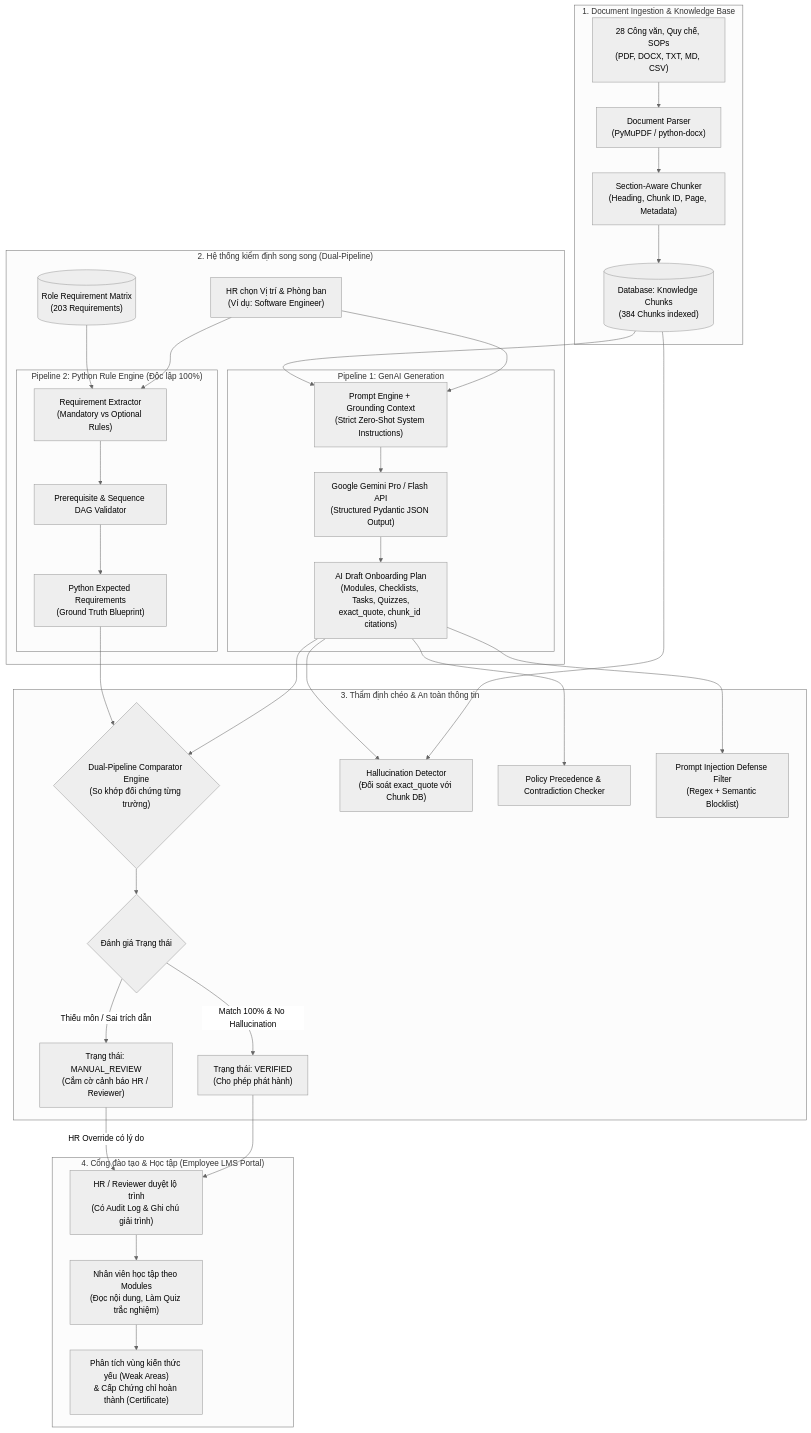
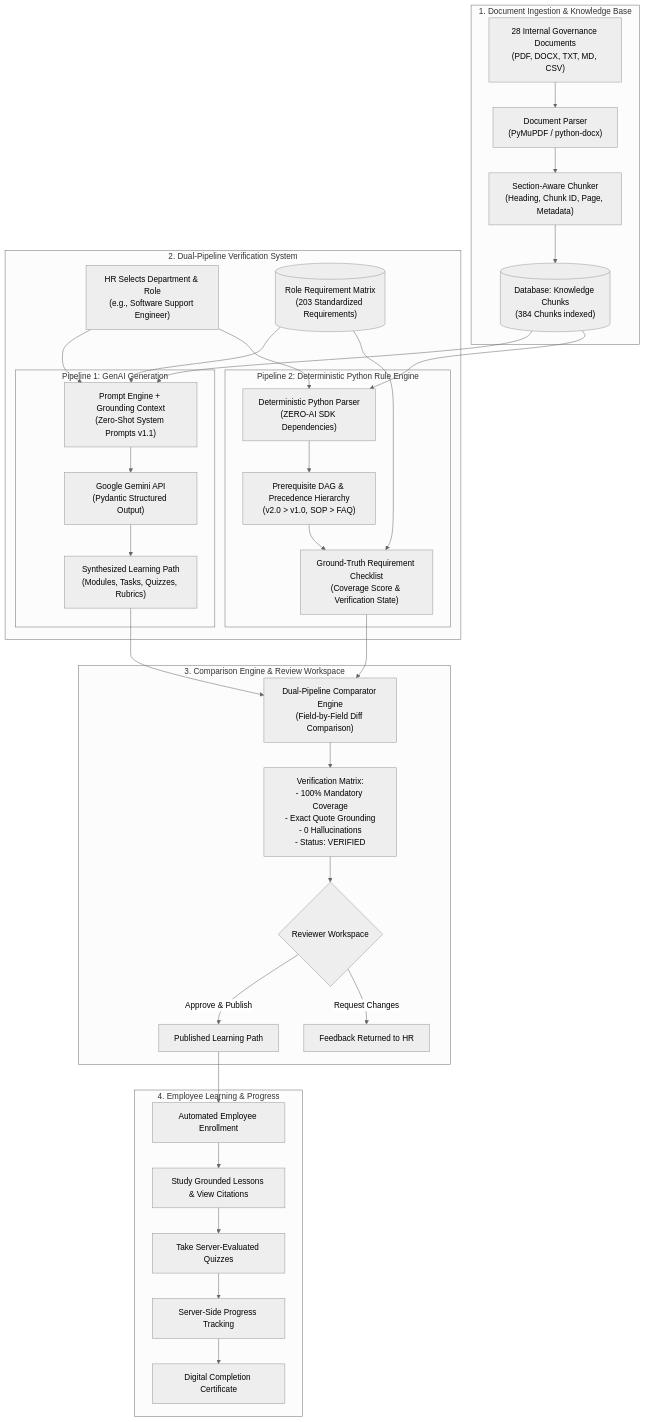
The diagram in documentation/MASTER_PRESENTATION_AND_VIDEO_SCRIPT.md (LamPhongG/BackUp_TW7), drawn with Mermaid (neutral theme) before and after one commit. The commit also changed other lines of this file and 18 other files, not shown here.

````diff
--- a/documentation/MASTER_PRESENTATION_AND_VIDEO_SCRIPT.md
+++ b/documentation/MASTER_PRESENTATION_AND_VIDEO_SCRIPT.md
@@ -43,64 +43,58 @@
 ```mermaid
 flowchart TD
     subgraph INGESTION["1. Document Ingestion & Knowledge Base"]
-        Docs["28 Công văn, Quy chế, SOPs\n(PDF, DOCX, TXT, MD, CSV)"]
+        Docs["28 Internal Governance Documents\n(PDF, DOCX, TXT, MD, CSV)"]
         Parser["Document Parser\n(PyMuPDF / python-docx)"]
         Chunker["Section-Aware Chunker\n(Heading, Chunk ID, Page, Metadata)"]
         DB_Chunks[("Database: Knowledge Chunks\n(384 Chunks indexed)")]
         Docs --> Parser --> Chunker --> DB_Chunks
     end
 
-    subgraph DUAL_PIPELINE["2. Hệ thống kiểm định song song (Dual-Pipeline)"]
-        RoleSelect["HR chọn Vị trí & Phòng ban\n(Ví dụ: Software Engineer)"]
-        RoleMatrix[("Role Requirement Matrix\n(203 Requirements)")]
+    subgraph DUAL_PIPELINE["2. Dual-Pipeline Verification System"]
+        RoleSelect["HR Selects Department & Role\n(e.g., Software Support Engineer)"]
+        RoleMatrix[("Role Requirement Matrix\n(203 Standardized Requirements)")]
         
         %% Pipeline 1
         subgraph P1["Pipeline 1: GenAI Generation"]
-            PromptEng["Prompt Engine + Grounding Context\n(Strict Zero-Shot System Instructions)"]
-            Gemini["Google Gemini Pro / Flash API\n(Structured Pydantic JSON Output)"]
-            RawPlan["AI Draft Onboarding Plan\n(Modules, Checklists, Tasks, Quizzes,\nexact_quote, chunk_id citations)"]
-            PromptEng --> Gemini --> RawPlan
+            PromptEng["Prompt Engine + Grounding Context\n(Zero-Shot System Prompts v1.1)"]
+            Gemini["Google Gemini API\n(Pydantic Structured Output)"]
+            P1_Plan["Synthesized Learning Path\n(Modules, Tasks, Quizzes, Rubrics)"]
+            PromptEng --> Gemini --> P1_Plan
         end
 
         %% Pipeline 2
-        subgraph P2["Pipeline 2: Python Rule Engine (Độc lập 100%)"]
-            ReqExtractor["Requirement Extractor\n(Mandatory vs Optional Rules)"]
-            DAG_Check["Prerequisite & Sequence DAG Validator"]
-            GroundTruth["Python Expected Requirements\n(Ground Truth Blueprint)"]
-            ReqExtractor --> DAG_Check --> GroundTruth
+        subgraph P2["Pipeline 2: Deterministic Python Rule Engine"]
+            PyRules["Deterministic Python Parser\n(ZERO-AI SDK Dependencies)"]
+            PyDAG["Prerequisite DAG & Precedence Hierarchy\n(v2.0 > v1.0, SOP > FAQ)"]
+            PyMatrix["Ground-Truth Requirement Checklist\n(Coverage Score & Verification State)"]
+            PyRules --> PyDAG --> PyMatrix
         end
-
+        
         RoleSelect --> PromptEng
+        RoleSelect --> PyRules
         DB_Chunks --> PromptEng
-        RoleSelect --> ReqExtractor
-        RoleMatrix --> ReqExtractor
+        DB_Chunks --> PyRules
+        RoleMatrix --> PromptEng
+        RoleMatrix --> PyMatrix
     end
 
-    subgraph COMPARATOR["3. Thẩm định chéo & An toàn thông tin"]
-        CompEngine{"Dual-Pipeline Comparator Engine\n(So khớp đối chứng từng trường)"}
-        Hallucination["Hallucination Detector\n(Đối soát exact_quote với Chunk DB)"]
-        Contradiction["Policy Precedence & Contradiction Checker"]
-        InjectionShield["Prompt Injection Defense Filter\n(Regex + Semantic Blocklist)"]
-        
-        RawPlan --> CompEngine
-        GroundTruth --> CompEngine
-        DB_Chunks --> Hallucination
-        RawPlan --> Hallucination
-        RawPlan --> Contradiction
-        RawPlan --> InjectionShield
-        
-        CompEngine --> StatusEval{"Đánh giá Trạng thái"}
-        StatusEval -->|"Match 100% & No Hallucination"| Verified["Trạng thái: VERIFIED\n(Cho phép phát hành)"]
-        StatusEval -->|"Thiếu môn / Sai trích dẫn"| Review["Trạng thái: MANUAL_REVIEW\n(Cắm cờ cảnh báo HR / Reviewer)"]
+    subgraph COMPARATOR["3. Comparison Engine & Review Workspace"]
+        CompEngine["Dual-Pipeline Comparator Engine\n(Field-by-Field Diff Comparison)"]
+        P1_Plan --> CompEngine
+        PyMatrix --> CompEngine
+        CompReport["Verification Matrix:\n- 100% Mandatory Coverage\n- Exact Quote Grounding\n- 0 Hallucinations\n- Status: VERIFIED"]
+        CompEngine --> CompReport
+        ReviewerAction{"Reviewer Workspace"}
+        CompReport --> ReviewerAction
+        ReviewerAction -->|Approve & Publish| LivePath["Published Learning Path"]
+        ReviewerAction -->|Request Changes| HRFeedback["Feedback Returned to HR"]
     end
 
-    subgraph LMS["4. Cổng đào tạo & Học tập (Employee LMS Portal)"]
-        HR_Approve["HR / Reviewer duyệt lộ trình\n(Có Audit Log & Ghi chú giải trình)"]
-        EmpPortal["Nhân viên học tập theo Modules\n(Đọc nội dung, Làm Quiz trắc nghiệm)"]
-        Adaptive["Phân tích vùng kiến thức yếu (Weak Areas)\n& Cấp Chứng chỉ hoàn thành (Certificate)"]
-        
-        Verified --> HR_Approve
-        Review -->|"HR Override có lý do"| HR_Approve
-        HR_Approve --> EmpPortal --> Adaptive
+    subgraph LMS["4. Employee Learning & Progress"]
+        LivePath --> EmployeeEnrollment["Automated Employee Enrollment"]
+        EmployeeEnrollment --> StudyLessons["Study Grounded Lessons & View Citations"]
+        StudyLessons --> CompleteQuizzes["Take Server-Evaluated Quizzes"]
+        CompleteQuizzes --> ProgressTracking["Server-Side Progress Tracking"]
+        ProgressTracking --> Certificate["Digital Completion Certificate"]
     end
 ```
````
